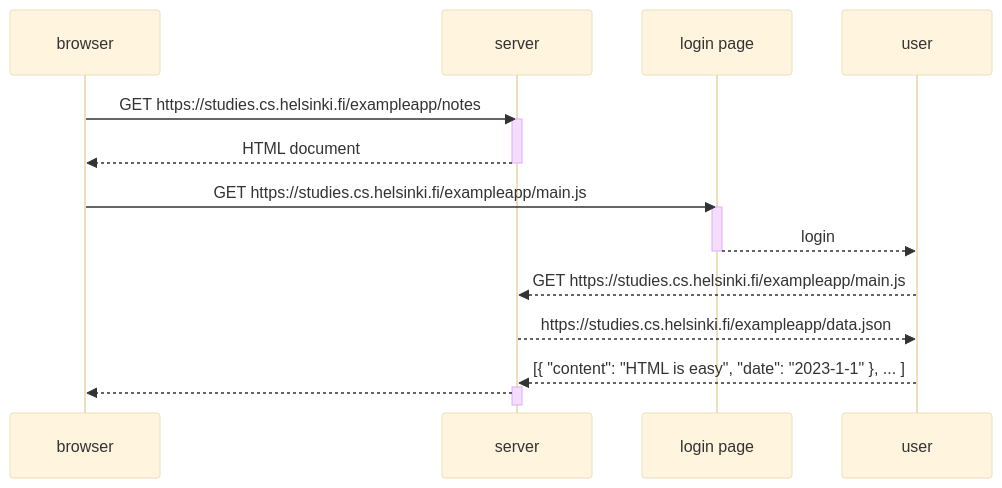
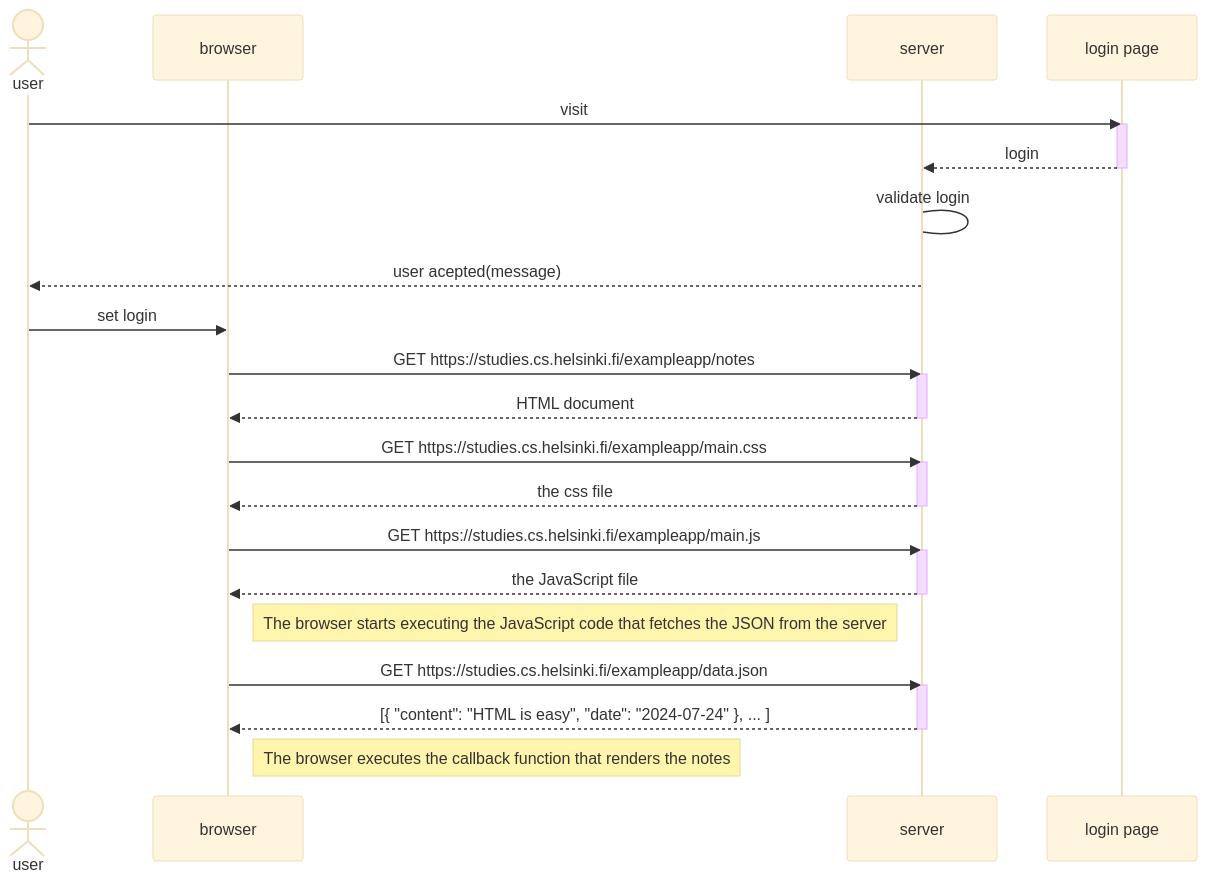
Before and after one commit to iamalexov/fullstack0: the diagram in new sequence diagram04.mmd, drawn with Mermaid (base theme).

Commit message:
Update new sequence diagram04.mmd

```diff
--- a/new sequence diagram04.mmd
+++ b/new sequence diagram04.mmd
@@ -1,26 +1,41 @@
 sequenceDiagram
+    actor user
     participant browser
     participant server
     participant login page
-    participant user
+
     
+    user->>login page:visit
+    activate login page
+    login page-->>server: login
+    deactivate login page
+
+    server->server:validate login
+    server-->>user:user acepted(message)
+
+    user->>browser:set login
+
+
     browser->>server: GET https://studies.cs.helsinki.fi/exampleapp/notes
     activate server
     server-->>browser: HTML document
     deactivate server
     
+    browser->>server: GET https://studies.cs.helsinki.fi/exampleapp/main.css
+    activate server
+    server-->>browser: the css file
+    deactivate server
+    
+    browser->>server: GET https://studies.cs.helsinki.fi/exampleapp/main.js
+    activate server
+    server-->>browser: the JavaScript file
+    deactivate server
+    
+    Note right of browser: The browser starts executing the JavaScript code that fetches the JSON from the server
+    
+    browser->>server: GET https://studies.cs.helsinki.fi/exampleapp/data.json
+    activate server
+    server-->>browser: [{ "content": "HTML is easy", "date": "2024-07-24" }, ... ]
+    deactivate server    
 
-    
-    browser->>login page: GET https://studies.cs.helsinki.fi/exampleapp/main.js
-    activate login page
-    login page-->>user: login
-    deactivate login page
-    
-    
-    user-->>server:GET https://studies.cs.helsinki.fi/exampleapp/main.js
-    server-->>user:https://studies.cs.helsinki.fi/exampleapp/data.json 
-     user-->>server:[{ "content": "HTML is easy", "date": "2023-1-1" }, ... ]
-
-    activate server
-    server-->>browser: 
-    deactivate server
+    Note right of browser: The browser executes the callback function that renders the notes 
```
